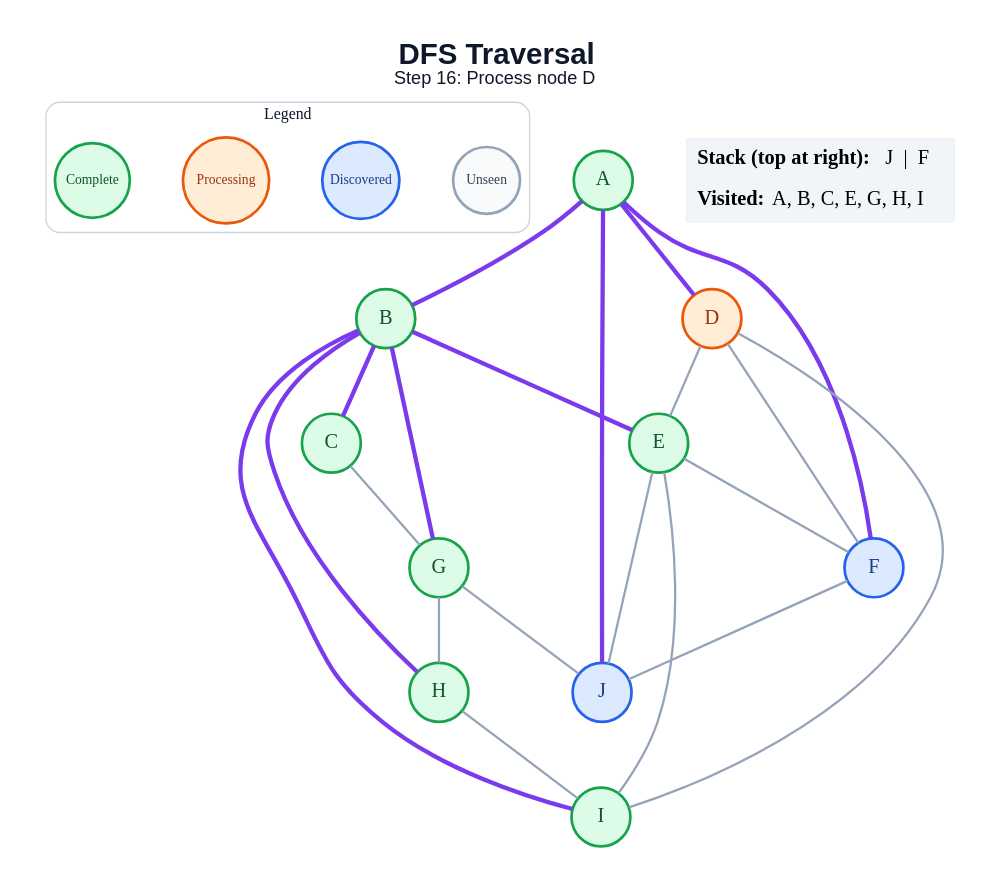
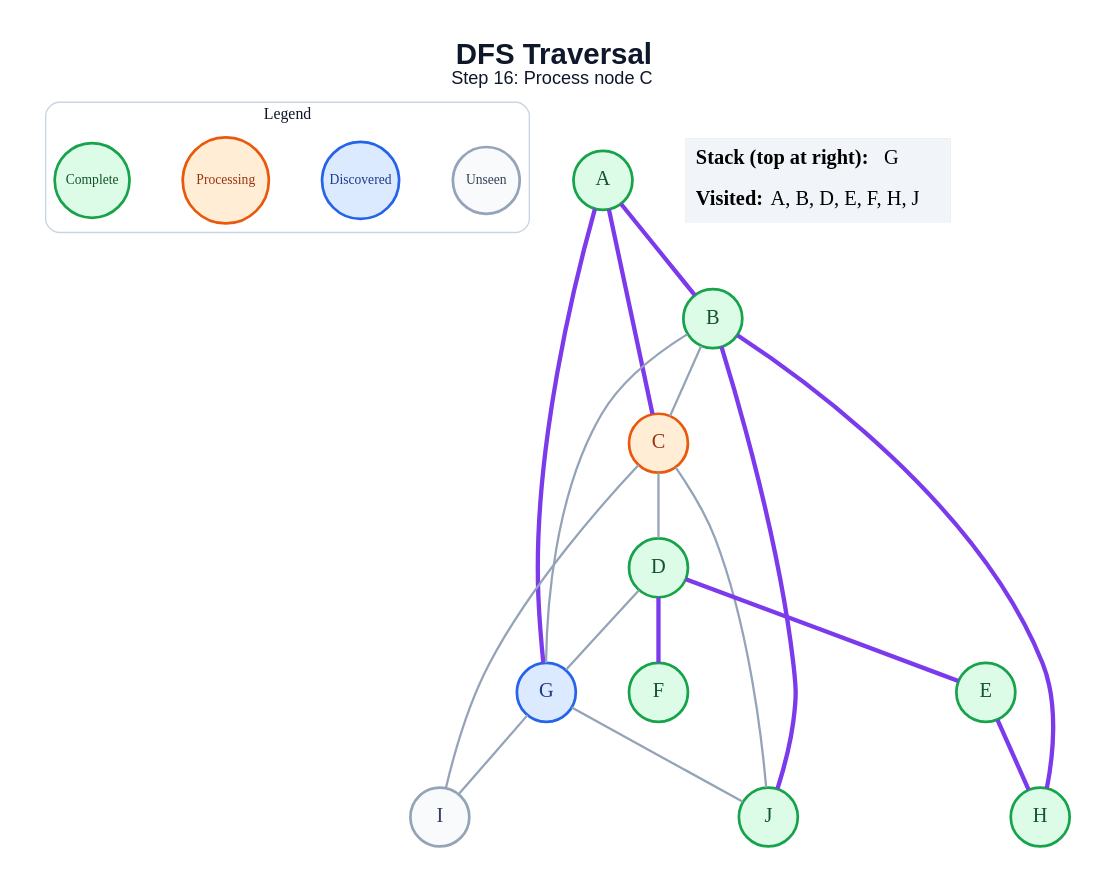
The diagram in generated/dfs/step_16.dot (anon7238593-create/ai-slop), drawn with Graphviz before and after one commit. The commit also changed 171 other files, not shown here.

```diff
--- a/generated/dfs/step_16.dot
+++ b/generated/dfs/step_16.dot
@@ -1,49 +1,45 @@
 graph traversal {
   graph [layout=dot, rankdir=TB, bgcolor="#FFFFFF", pad="0.35", nodesep="0.65", ranksep="0.8", fontname="Arial"];
   node [shape=circle, style="filled", fontname="Arial Bold", fontsize=18, width=0.72, fixedsize=true, penwidth=2.4];
   edge [color="#94A3B8", penwidth=2.0];
-  label=<<B>DFS Traversal</B><BR/><FONT POINT-SIZE="16">Step 16: Process node D</FONT>>; labelloc="t"; fontsize=26; fontname="Arial"; fontcolor="#0F172A";
+  label=<<B>DFS Traversal</B><BR/><FONT POINT-SIZE="16">Step 16: Process node C</FONT>>; labelloc="t"; fontsize=26; fontname="Arial"; fontcolor="#0F172A";
   subgraph cluster_legend { label="Legend"; color="#CBD5E1"; penwidth=1.2; style="rounded"; fontsize=14; fontname="Arial Bold";
     key_unseen [label="Unseen", fillcolor="#F8FAFC", color="#94A3B8", fontcolor="#334155", fontsize=12, width=0.82];
     key_frontier [label="Discovered", fillcolor="#DBEAFE", color="#2563EB", fontcolor="#1E3A8A", fontsize=12, width=0.95];
     key_current [label="Processing", fillcolor="#FFEDD5", color="#EA580C", fontcolor="#9A3412", fontsize=12, width=1.05];
     key_done [label="Complete", fillcolor="#DCFCE7", color="#16A34A", fontcolor="#14532D", fontsize=12, width=0.92];
     { rank=same; key_unseen; key_frontier; key_current; key_done; }
   }
   A [fillcolor="#DCFCE7", color="#16A34A", fontcolor="#14532D"];
   B [fillcolor="#DCFCE7", color="#16A34A", fontcolor="#14532D"];
-  C [fillcolor="#DCFCE7", color="#16A34A", fontcolor="#14532D"];
-  D [fillcolor="#FFEDD5", color="#EA580C", fontcolor="#9A3412"];
+  C [fillcolor="#FFEDD5", color="#EA580C", fontcolor="#9A3412"];
+  D [fillcolor="#DCFCE7", color="#16A34A", fontcolor="#14532D"];
   E [fillcolor="#DCFCE7", color="#16A34A", fontcolor="#14532D"];
-  F [fillcolor="#DBEAFE", color="#2563EB", fontcolor="#1E3A8A"];
-  G [fillcolor="#DCFCE7", color="#16A34A", fontcolor="#14532D"];
+  F [fillcolor="#DCFCE7", color="#16A34A", fontcolor="#14532D"];
+  G [fillcolor="#DBEAFE", color="#2563EB", fontcolor="#1E3A8A"];
   H [fillcolor="#DCFCE7", color="#16A34A", fontcolor="#14532D"];
-  I [fillcolor="#DCFCE7", color="#16A34A", fontcolor="#14532D"];
-  J [fillcolor="#DBEAFE", color="#2563EB", fontcolor="#1E3A8A"];
+  I [fillcolor="#F8FAFC", color="#94A3B8", fontcolor="#334155"];
+  J [fillcolor="#DCFCE7", color="#16A34A", fontcolor="#14532D"];
   A -- B [color="#7C3AED", penwidth=3.8];
-  A -- D [color="#7C3AED", penwidth=3.8];
-  A -- F [color="#7C3AED", penwidth=3.8];
-  A -- J [color="#7C3AED", penwidth=3.8];
-  B -- C [color="#7C3AED", penwidth=3.8];
-  B -- E [color="#7C3AED", penwidth=3.8];
-  B -- G [color="#7C3AED", penwidth=3.8];
+  A -- C [color="#7C3AED", penwidth=3.8];
+  A -- G [color="#7C3AED", penwidth=3.8];
+  B -- C;
+  B -- G;
   B -- H [color="#7C3AED", penwidth=3.8];
-  B -- I [color="#7C3AED", penwidth=3.8];
-  C -- G;
-  D -- E;
-  D -- F;
-  D -- I;
-  E -- F;
-  E -- I;
-  E -- J;
-  F -- J;
-  G -- H;
+  B -- J [color="#7C3AED", penwidth=3.8];
+  C -- D;
+  C -- I;
+  C -- J;
+  D -- E [color="#7C3AED", penwidth=3.8];
+  D -- F [color="#7C3AED", penwidth=3.8];
+  D -- G;
+  E -- H [color="#7C3AED", penwidth=3.8];
+  G -- I;
   G -- J;
-  H -- I;
   status [shape=plain, fixedsize=false, width=0, height=0, margin=0, label=<
     <TABLE BORDER="0" CELLBORDER="0" CELLPADDING="7" BGCOLOR="#F1F5F9">
-      <TR><TD ALIGN="LEFT"><B>Stack (top at right):</B> J  |  F</TD></TR>
-      <TR><TD ALIGN="LEFT"><B>Visited:</B> A, B, C, E, G, H, I</TD></TR>
+      <TR><TD ALIGN="LEFT"><B>Stack (top at right):</B> G</TD></TR>
+      <TR><TD ALIGN="LEFT"><B>Visited:</B> A, B, D, E, F, H, J</TD></TR>
     </TABLE>
   >];
 }
```
